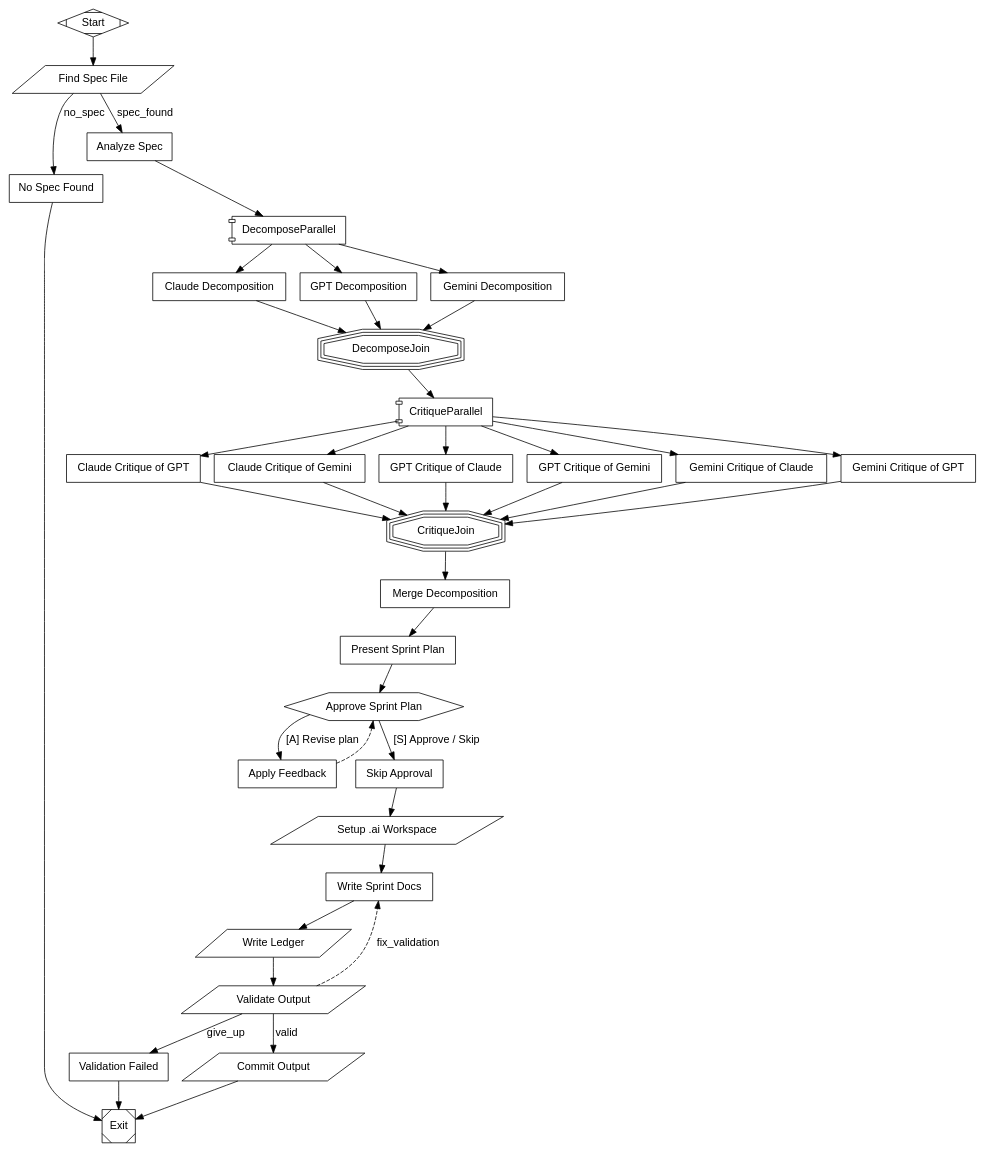
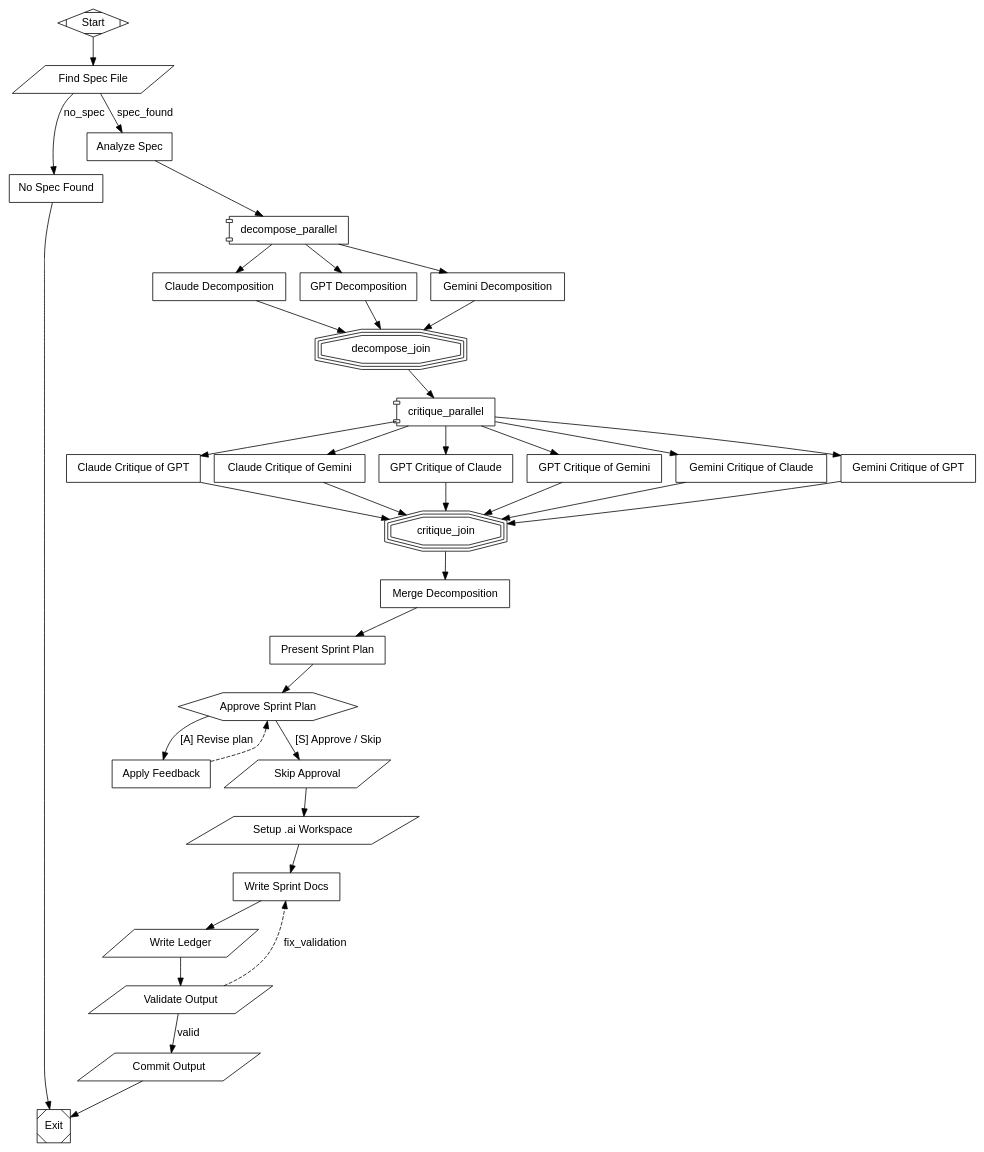
Before and after one commit to 2389-research/pipelines: the diagram in spec_to_sprints.dot, drawn with Graphviz. The commit also changed 1 other file, not shown here.

Commit message:
docs(spec-to-sprints): fix validation, re-export DOT after review fixes
Remove unreachable validation_failed node (fallback goes to Exit directly).
All 73 paths reach Exit. Validate passes clean.

```diff
--- a/spec_to_sprints.dot
+++ b/spec_to_sprints.dot
@@ -1,74 +1,71 @@
 digraph SpecToSprints {
   rankdir=TB;
   node [fontname="Helvetica"];
   edge [fontname="Helvetica"];
   Start [label="Start", shape="Mdiamond"];
   Exit [label="Exit", shape="Msquare"];
   find_spec [label="Find Spec File", shape="parallelogram"];
   no_spec_exit [label="No Spec Found", shape="box"];
   analyze_spec [label="Analyze Spec", shape="box"];
-  DecomposeParallel [label="DecomposeParallel", shape="component"];
+  decompose_parallel [label="decompose_parallel", shape="component"];
   decompose_claude [label="Claude Decomposition", shape="box"];
   decompose_gpt [label="GPT Decomposition", shape="box"];
   decompose_gemini [label="Gemini Decomposition", shape="box"];
-  DecomposeJoin [label="DecomposeJoin", shape="tripleoctagon"];
-  CritiqueParallel [label="CritiqueParallel", shape="component"];
+  decompose_join [label="decompose_join", shape="tripleoctagon"];
+  critique_parallel [label="critique_parallel", shape="component"];
   critique_claude_on_gpt [label="Claude Critique of GPT", shape="box"];
   critique_claude_on_gemini [label="Claude Critique of Gemini", shape="box"];
   critique_gpt_on_claude [label="GPT Critique of Claude", shape="box"];
   critique_gpt_on_gemini [label="GPT Critique of Gemini", shape="box"];
   critique_gemini_on_claude [label="Gemini Critique of Claude", shape="box"];
   critique_gemini_on_gpt [label="Gemini Critique of GPT", shape="box"];
-  CritiqueJoin [label="CritiqueJoin", shape="tripleoctagon"];
+  critique_join [label="critique_join", shape="tripleoctagon"];
   merge_decomposition [label="Merge Decomposition", shape="box"];
   present_plan [label="Present Sprint Plan", shape="box"];
   approval_gate [label="Approve Sprint Plan", shape="hexagon"];
   apply_feedback [label="Apply Feedback", shape="box"];
-  skip_approval [label="Skip Approval", shape="box"];
+  skip_approval [label="Skip Approval", shape="parallelogram"];
   setup_workspace [label="Setup .ai Workspace", shape="parallelogram"];
   write_sprint_docs [label="Write Sprint Docs", shape="box"];
   write_ledger [label="Write Ledger", shape="parallelogram"];
   validate_output [label="Validate Output", shape="parallelogram"];
-  validation_failed [label="Validation Failed", shape="box"];
   commit_output [label="Commit Output", shape="parallelogram"];
 
   Start -> find_spec;
   find_spec -> analyze_spec [condition="tool_stdout != no_spec_found", label="spec_found"];
   find_spec -> no_spec_exit [condition="tool_stdout = no_spec_found", label="no_spec"];
   no_spec_exit -> Exit;
-  analyze_spec -> DecomposeParallel;
-  DecomposeParallel -> decompose_claude;
-  DecomposeParallel -> decompose_gpt;
-  DecomposeParallel -> decompose_gemini;
-  decompose_claude -> DecomposeJoin;
-  decompose_gpt -> DecomposeJoin;
-  decompose_gemini -> DecomposeJoin;
-  DecomposeJoin -> CritiqueParallel;
-  CritiqueParallel -> critique_claude_on_gpt;
-  CritiqueParallel -> critique_claude_on_gemini;
-  CritiqueParallel -> critique_gpt_on_claude;
-  CritiqueParallel -> critique_gpt_on_gemini;
-  CritiqueParallel -> critique_gemini_on_claude;
-  CritiqueParallel -> critique_gemini_on_gpt;
-  critique_claude_on_gpt -> CritiqueJoin;
-  critique_claude_on_gemini -> CritiqueJoin;
-  critique_gpt_on_claude -> CritiqueJoin;
-  critique_gpt_on_gemini -> CritiqueJoin;
-  critique_gemini_on_claude -> CritiqueJoin;
-  critique_gemini_on_gpt -> CritiqueJoin;
-  CritiqueJoin -> merge_decomposition;
+  analyze_spec -> decompose_parallel;
+  decompose_parallel -> decompose_claude;
+  decompose_parallel -> decompose_gpt;
+  decompose_parallel -> decompose_gemini;
+  decompose_claude -> decompose_join;
+  decompose_gpt -> decompose_join;
+  decompose_gemini -> decompose_join;
+  decompose_join -> critique_parallel;
+  critique_parallel -> critique_claude_on_gpt;
+  critique_parallel -> critique_claude_on_gemini;
+  critique_parallel -> critique_gpt_on_claude;
+  critique_parallel -> critique_gpt_on_gemini;
+  critique_parallel -> critique_gemini_on_claude;
+  critique_parallel -> critique_gemini_on_gpt;
+  critique_claude_on_gpt -> critique_join;
+  critique_claude_on_gemini -> critique_join;
+  critique_gpt_on_claude -> critique_join;
+  critique_gpt_on_gemini -> critique_join;
+  critique_gemini_on_claude -> critique_join;
+  critique_gemini_on_gpt -> critique_join;
+  critique_join -> merge_decomposition;
   merge_decomposition -> present_plan;
   present_plan -> approval_gate;
   approval_gate -> apply_feedback [label="[A] Revise plan"];
   approval_gate -> skip_approval [label="[S] Approve / Skip"];
   apply_feedback -> approval_gate [restart="true", style="dashed"];
   skip_approval -> setup_workspace;
   setup_workspace -> write_sprint_docs;
   write_sprint_docs -> write_ledger;
   write_ledger -> validate_output;
-  validate_output -> commit_output [condition="outcome = success", label="valid"];
-  validate_output -> write_sprint_docs [condition="outcome = fail", label="fix_validation", restart="true", style="dashed"];
-  validate_output -> validation_failed [condition="outcome = exhausted", label="give_up"];
+  validate_output -> commit_output [condition="tool_stdout = valid", label="valid"];
+  validate_output -> write_sprint_docs [condition="tool_stdout != valid", label="fix_validation", restart="true", style="dashed"];
   commit_output -> Exit;
-  validation_failed -> Exit;
 }
```
